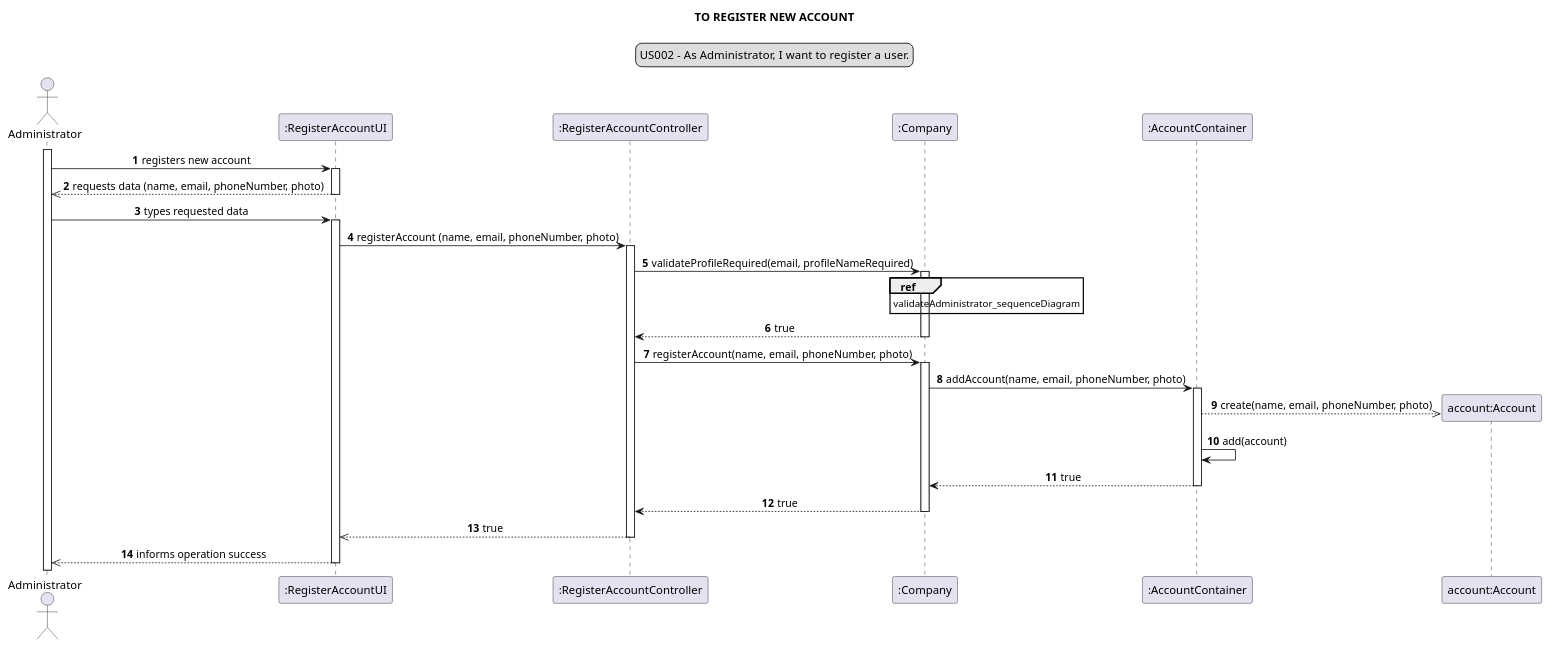
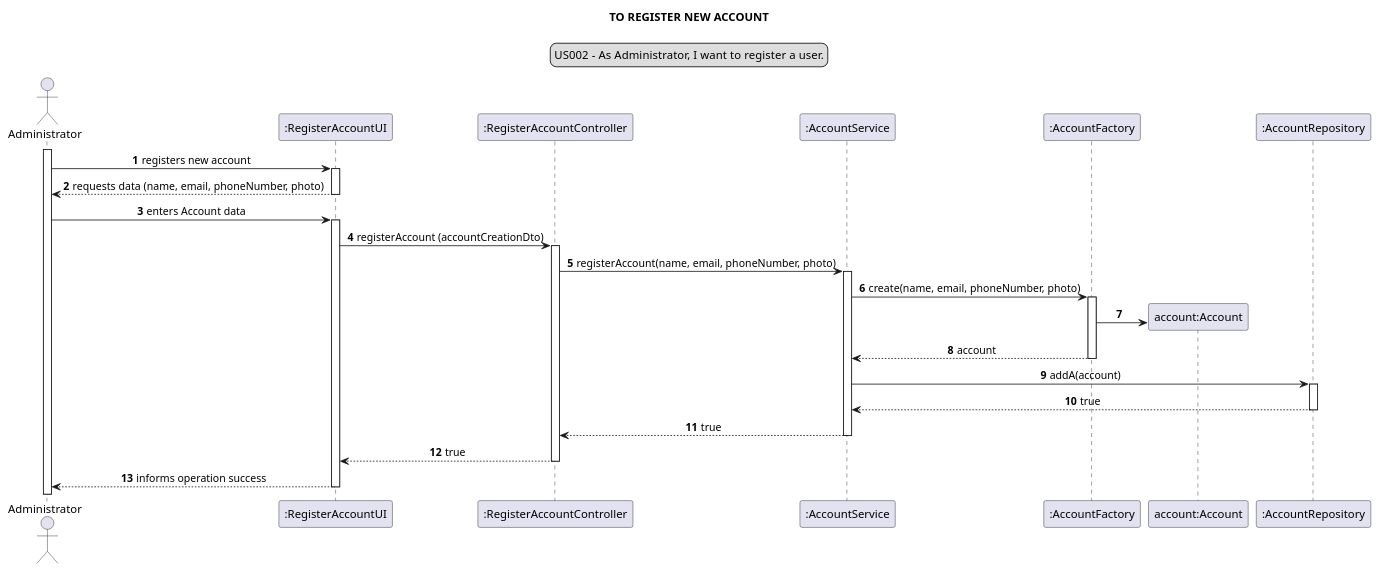
One commit to Loracline/project_switch_22-23 changed the diagram in docs/modelling_design/user_stories/sprint01/us002/US002_sequenceDiagram.puml. Above: the diagram before and after it, drawn with PlantUML. The commit also changed 1 other file, not shown here.

Commit message:
US02: Design: sequence diagram update with onion architecture. addresses #352

```diff
--- a/docs/modelling_design/user_stories/sprint01/us002/US002_sequenceDiagram.puml
+++ b/docs/modelling_design/user_stories/sprint01/us002/US002_sequenceDiagram.puml
@@ -1,46 +1,44 @@
 @startuml
 skinparam sequenceMessageAlign center
 title TO REGISTER NEW ACCOUNT
 legend top
 US002 - As Administrator, I want to register a user.
 end legend
 autonumber
 actor "Administrator" as administrator
 participant ":RegisterAccountUI" as ui
 participant ":RegisterAccountController" as ct
-participant ":Company" as c
-participant ":AccountContainer" as cn
+participant ":AccountService" as service
+participant ":AccountFactory" as factory
 participant "account:Account" as ac
+participant ":AccountRepository" as repository
 
 activate administrator
 administrator -> ui: registers new account
 activate ui
-ui -->> administrator: requests data (name, email, phoneNumber, photo)
+ui --> administrator: requests data (name, email, phoneNumber, photo)
 deactivate ui
-administrator -> ui: types requested data
+administrator -> ui: enters Account data
 activate ui
-ui -> ct: registerAccount (name, email, phoneNumber, photo)
+ui -> ct: registerAccount (accountCreationDto)
 activate ct
-ct -> c: validateProfileRequired(email, profileNameRequired)
-activate c
-ref over c: validateAdministrator_sequenceDiagram
-c --> ct: true
-deactivate c
-
-ct -> c: registerAccount(name, email, phoneNumber, photo)
-activate c
-c -> cn: addAccount(name, email, phoneNumber, photo)
+ct -> service: registerAccount(name, email, phoneNumber, photo)
+activate service
+service -> factory: create(name, email, phoneNumber, photo)
 create ac
-activate cn
-cn -->> ac: create(name, email, phoneNumber, photo)
-cn -> cn: add(account)
-cn --> c: true
-deactivate cn
-c --> ct: true
-deactivate c
+activate factory
+factory -> ac
+factory --> service: account
+deactivate factory
+service -> repository: addA(account)
+activate repository
+repository --> service: true
+deactivate repository
+service --> ct: true
+deactivate service
 deactivate ac
-ct -->> ui: true
+ct --> ui: true
 deactivate ct
-ui-->> administrator: informs operation success
+ui--> administrator: informs operation success
 deactivate ui
 @enduml
```
